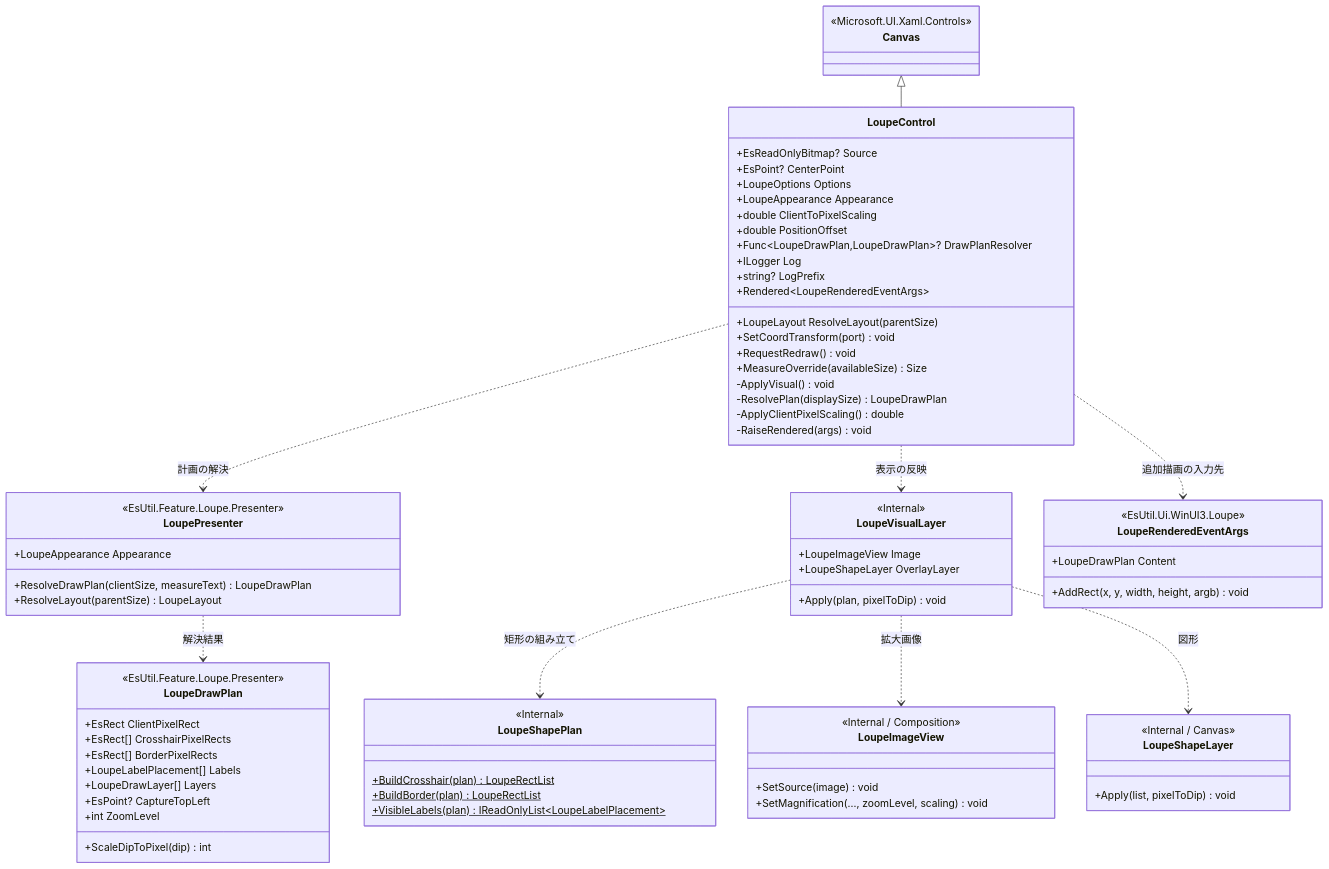
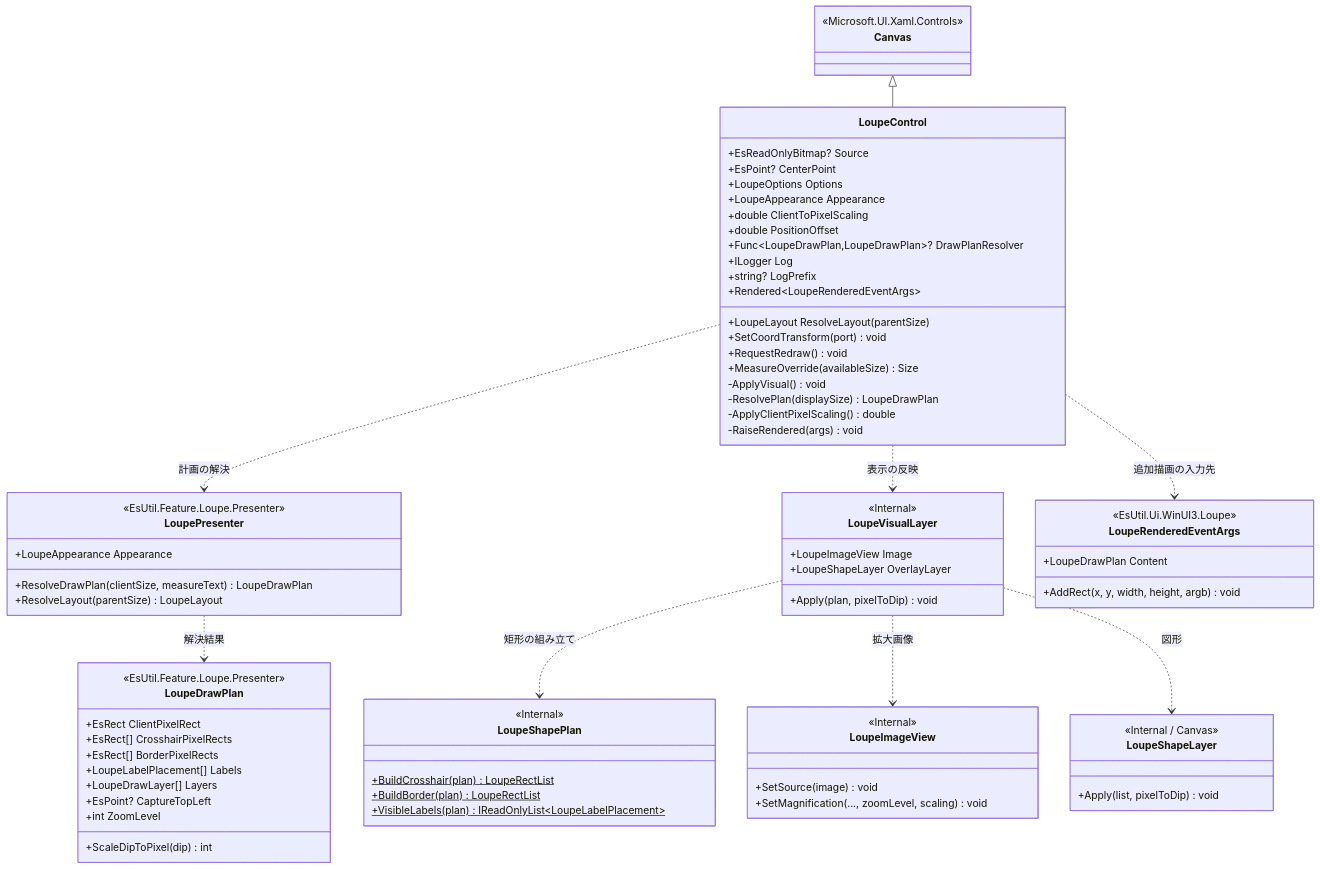
One commit to tomokuni/EsUtil changed the first of 2 diagrams in EsUtil.Ui.WinUI3/Loupe/docs/SPEC_System.md. Above: the diagram before and after it, drawn with Mermaid. The commit also changed other lines of this file and 7 other files, not shown here.

````diff
--- a/EsUtil.Ui.WinUI3/Loupe/docs/SPEC_System.md
+++ b/EsUtil.Ui.WinUI3/Loupe/docs/SPEC_System.md
@@ -110,77 +110,77 @@
 ```mermaid
 classDiagram
     class Canvas {
         <<Microsoft.UI.Xaml.Controls>>
     }
     class LoupeControl {
         +EsReadOnlyBitmap? Source
         +EsPoint? CenterPoint
         +LoupeOptions Options
         +LoupeAppearance Appearance
         +double ClientToPixelScaling
         +double PositionOffset
         +Func~LoupeDrawPlan,LoupeDrawPlan~? DrawPlanResolver
         +ILogger Log
         +string? LogPrefix
         +LoupeLayout ResolveLayout(parentSize)
         +SetCoordTransform(port) void
         +RequestRedraw() void
         +Rendered~LoupeRenderedEventArgs~
         +MeasureOverride(availableSize) Size
         -ApplyVisual() void
         -ResolvePlan(displaySize) LoupeDrawPlan
         -ApplyClientPixelScaling() double
         -RaiseRendered(args) void
     }
     class LoupePresenter {
         <<EsUtil.Feature.Loupe.Presenter>>
         +LoupeAppearance Appearance
         +ResolveDrawPlan(clientSize, measureText) LoupeDrawPlan
         +ResolveLayout(parentSize) LoupeLayout
     }
     class LoupeDrawPlan {
         <<EsUtil.Feature.Loupe.Presenter>>
         +EsRect ClientPixelRect
         +EsRect[] CrosshairPixelRects
         +EsRect[] BorderPixelRects
         +LoupeLabelPlacement[] Labels
         +LoupeDrawLayer[] Layers
         +EsPoint? CaptureTopLeft
         +int ZoomLevel
         +ScaleDipToPixel(dip) int
     }
     class LoupeVisualLayer {
         <<Internal>>
         +Apply(plan, pixelToDip) void
         +LoupeImageView Image
         +LoupeShapeLayer OverlayLayer
     }
     class LoupeShapePlan {
         <<Internal>>
         +BuildCrosshair(plan) LoupeRectList$
         +BuildBorder(plan) LoupeRectList$
         +VisibleLabels(plan) IReadOnlyList~LoupeLabelPlacement~$
     }
     class LoupeImageView {
-        <<Internal / Composition>>
+        <<Internal>>
         +SetSource(image) void
         +SetMagnification(..., zoomLevel, scaling) void
     }
     class LoupeShapeLayer {
         <<Internal / Canvas>>
         +Apply(list, pixelToDip) void
     }
     class LoupeRenderedEventArgs {
         <<EsUtil.Ui.WinUI3.Loupe>>
         +AddRect(x, y, width, height, argb) void
         +LoupeDrawPlan Content
     }
     Canvas <|-- LoupeControl
     LoupeControl ..> LoupePresenter : 計画の解決
     LoupeControl ..> LoupeVisualLayer : 表示の反映
     LoupeVisualLayer ..> LoupeShapePlan : 矩形の組み立て
     LoupeVisualLayer ..> LoupeImageView : 拡大画像
     LoupeVisualLayer ..> LoupeShapeLayer : 図形
     LoupePresenter ..> LoupeDrawPlan : 解決結果
     LoupeControl ..> LoupeRenderedEventArgs : 追加描画の入力先
 ```
````
